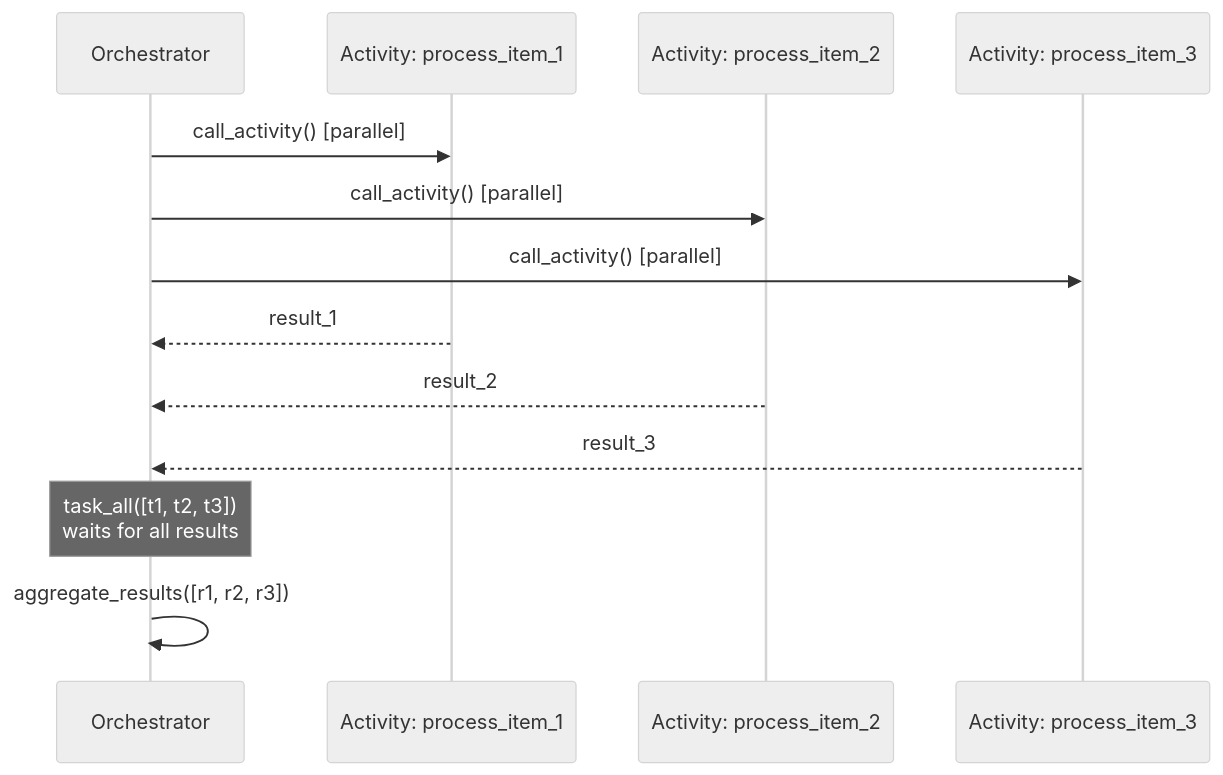
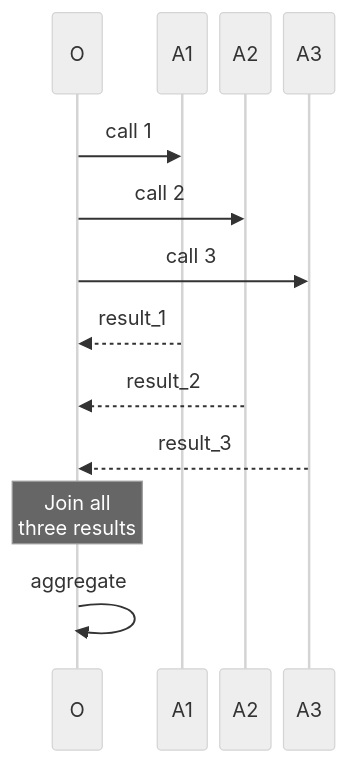
The second of 4 diagrams in docs/language-guides/python/recipes/durable-orchestration.md (yeongseon/azure-functions-practical-guide), drawn with Mermaid (neutral theme) before and after one commit. The commit also changed other lines of this file and 4 other files, not shown here.

First line of the commit message:
docs(diagrams): migrate Functions Durable Functions — durable orchestration and durable advanced and related pages (#424)

````diff
--- a/docs/language-guides/python/recipes/durable-orchestration.md
+++ b/docs/language-guides/python/recipes/durable-orchestration.md
@@ -239,16 +265,19 @@
 ```mermaid
+%%{init: {"sequence": {"width": 40, "actorMargin": 10, "diagramMarginX": 5, "noteMargin": 5}}}%%
 sequenceDiagram
-    participant O as Orchestrator
-    participant A1 as Activity: process_item_1
-    participant A2 as Activity: process_item_2
-    participant A3 as Activity: process_item_3
+    accTitle: Fan-out, join and aggregate
+    accDescr: The orchestrator schedules three activity tasks before waiting, receives each result, waits for all results with task_all, and aggregates them. Activity completion order is illustrative.
+    participant O as O
+    participant A1 as A1
+    participant A2 as A2
+    participant A3 as A3
 
-    O->>A1: call_activity() [parallel]
-    O->>A2: call_activity() [parallel]
-    O->>A3: call_activity() [parallel]
+    O->>A1: call 1
+    O->>A2: call 2
+    O->>A3: call 3
     A1-->>O: result_1
     A2-->>O: result_2
     A3-->>O: result_3
-    Note over O: task_all([t1, t2, t3])<br/>waits for all results
-    O->>O: aggregate_results([r1, r2, r3])
+    Note over O: Join all<br/>three results
+    O->>O: aggregate
 ```
````
